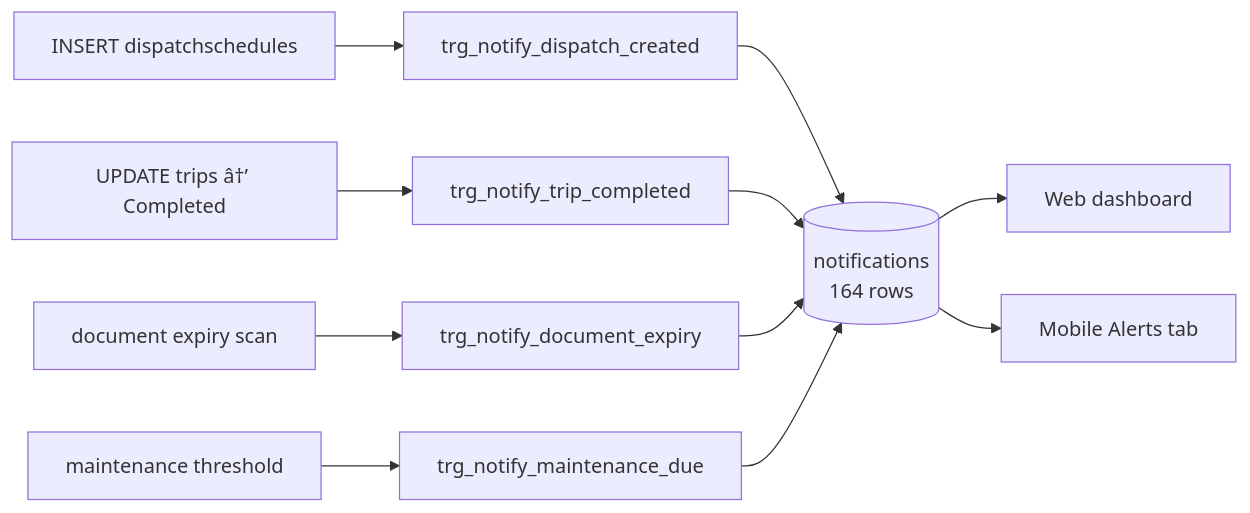
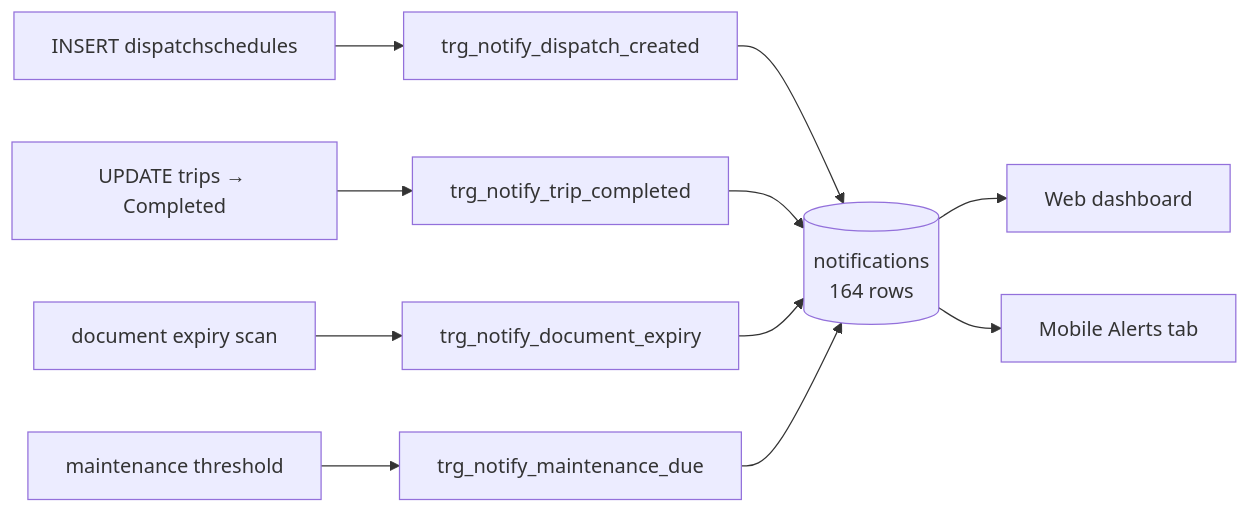
The diagram in Capstone/02 - Features/Notifications.md (ro-mee/fleet-transpo), drawn with Mermaid before and after one commit. The commit also changed other lines of this file and 29 other files, not shown here.

````diff
--- a/Capstone/02 - Features/Notifications.md
+++ b/Capstone/02 - Features/Notifications.md
@@ -37,10 +37,10 @@
 ```mermaid
 flowchart LR
     A["INSERT dispatchschedules"] --> T1[trg_notify_dispatch_created]
-    B["UPDATE trips â†’ Completed"] --> T2[trg_notify_trip_completed]
+    B["UPDATE trips → Completed"] --> T2[trg_notify_trip_completed]
     C["document expiry scan"] --> T3[trg_notify_document_expiry]
     D["maintenance threshold"] --> T4[trg_notify_maintenance_due]
     T1 & T2 & T3 & T4 --> N[("notifications<br/>164 rows")]
     N --> W["Web dashboard"]
     N --> M["Mobile Alerts tab"]
 ```
````
